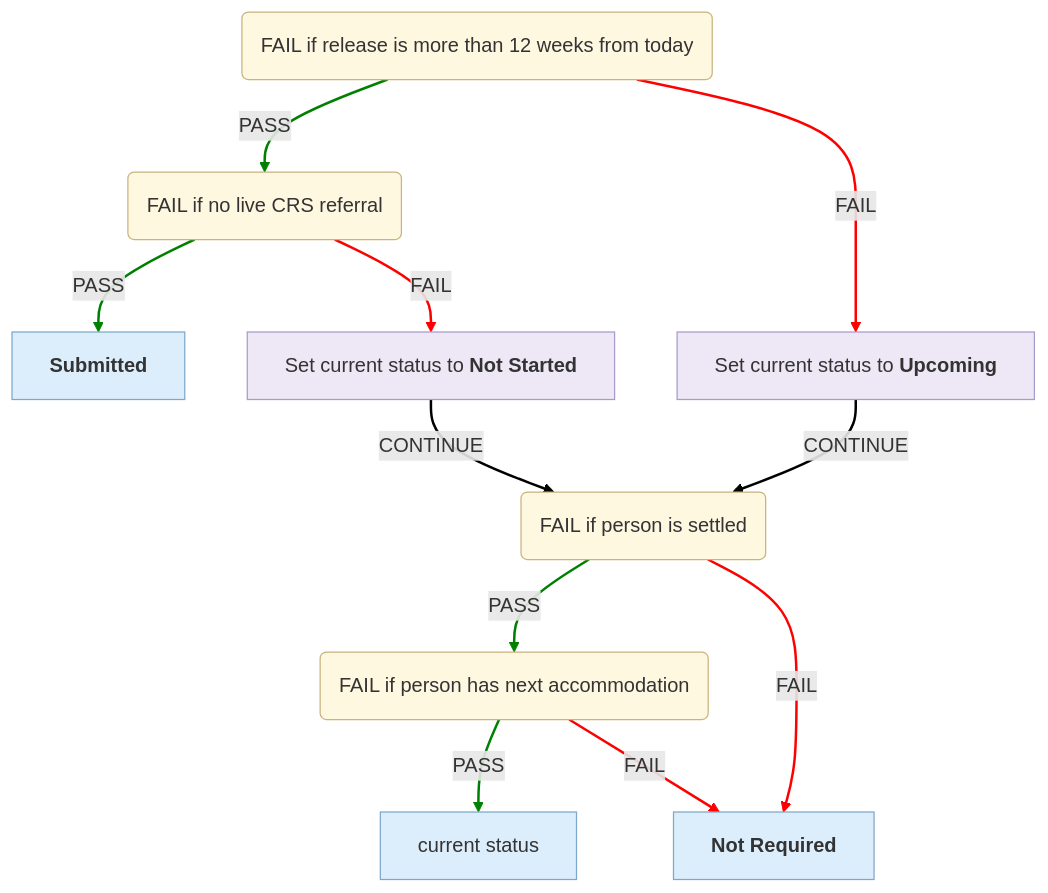
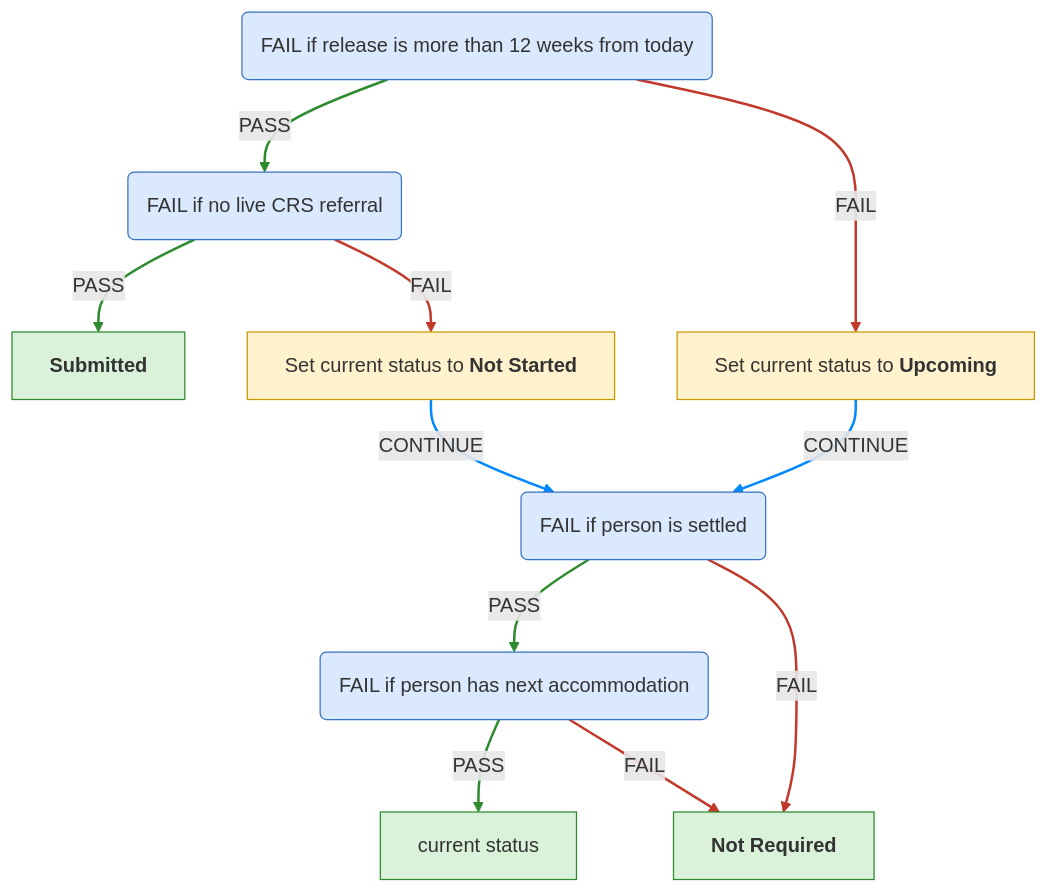
One commit to ministryofjustice/hmpps-single-accommodation-service-api changed the fourth of 6 diagrams in docs/eligibility-rules-graph.md. Above: the diagram before and after it, drawn with Mermaid. The commit also changed other lines of this file and 47 other files, not shown here.

Commit message:
wip-cas1-cards-graph

````diff
--- a/docs/eligibility-rules-graph.md
+++ b/docs/eligibility-rules-graph.md
@@ -414,32 +431,32 @@
 ```mermaid
 %%{init: {"flowchart": {"wrappingWidth": 800}}}%%
 flowchart TD
-  Release_Within_12_Weeks("<div style='text-align:left'>FAIL if release is more than 12 weeks from today</div>")
-  Live_CRS("<div style='text-align:left'>FAIL if no live CRS referral</div>")
+  PASS_if_person_can_start_referral("<div style='text-align:left'>FAIL if release is more than 12 weeks from today</div>")
+  PASS_if_person_has_a_live_CRS("<div style='text-align:left'>FAIL if no live CRS referral</div>")
   CRS_SUBMITTED["<b>Submitted</b>"]
-  Not_Settled("<div style='text-align:left'>FAIL if person is settled</div>")
-  No_Next_Accommodation("<div style='text-align:left'>FAIL if person has next accommodation</div>")
+  PASS_if_person_is_not_in_settled_accommodation("<div style='text-align:left'>FAIL if person is settled</div>")
+  PASS_if_person_does_not_have_a_next_accommodation("<div style='text-align:left'>FAIL if person has next accommodation</div>")
   confirmed["current status"]
   CRS_NOT_REQUIRED["<b>Not Required</b>"]
-  updater_CrsStartContextUpdater_Not_Settled["Set current status to <b>Not Started</b>"]
-  updater_CrsUpcomingContextUpdater_Not_Settled["Set current status to <b>Upcoming</b>"]
-  Live_CRS -->|PASS| CRS_SUBMITTED
-  No_Next_Accommodation -->|PASS| confirmed
-  No_Next_Accommodation -->|FAIL| CRS_NOT_REQUIRED
-  Not_Settled -->|PASS| No_Next_Accommodation
-  Not_Settled -->|FAIL| CRS_NOT_REQUIRED
-  Live_CRS -->|FAIL| updater_CrsStartContextUpdater_Not_Settled
-  updater_CrsStartContextUpdater_Not_Settled -->|CONTINUE| Not_Settled
-  Release_Within_12_Weeks -->|PASS| Live_CRS
-  Release_Within_12_Weeks -->|FAIL| updater_CrsUpcomingContextUpdater_Not_Settled
-  updater_CrsUpcomingContextUpdater_Not_Settled -->|CONTINUE| Not_Settled
-  linkStyle 0,1,3,7 stroke:green,stroke-width:2px
-  linkStyle 2,4,5,8 stroke:red,stroke-width:2px
-  linkStyle 6,9 stroke:black,stroke-width:2px
-  classDef ruleSetNode fill:#FFF8E1,stroke:#C9B37E,color:#333
-  classDef outcomeNode fill:#DCEEFB,stroke:#7FA7C9,color:#333
-  classDef updaterNode fill:#EDE7F6,stroke:#A99BC9,color:#333
-  class Release_Within_12_Weeks,Live_CRS,Not_Settled,No_Next_Accommodation ruleSetNode
+  updater_CrsStartContextUpdater_PASS_if_person_is_not_in_settled_accommodation["Set current status to <b>Not Started</b>"]
+  updater_CrsUpcomingContextUpdater_PASS_if_person_is_not_in_settled_accommodation["Set current status to <b>Upcoming</b>"]
+  PASS_if_person_has_a_live_CRS -->|PASS| CRS_SUBMITTED
+  PASS_if_person_does_not_have_a_next_accommodation -->|PASS| confirmed
+  PASS_if_person_does_not_have_a_next_accommodation -->|FAIL| CRS_NOT_REQUIRED
+  PASS_if_person_is_not_in_settled_accommodation -->|PASS| PASS_if_person_does_not_have_a_next_accommodation
+  PASS_if_person_is_not_in_settled_accommodation -->|FAIL| CRS_NOT_REQUIRED
+  PASS_if_person_has_a_live_CRS -->|FAIL| updater_CrsStartContextUpdater_PASS_if_person_is_not_in_settled_accommodation
+  updater_CrsStartContextUpdater_PASS_if_person_is_not_in_settled_accommodation -->|CONTINUE| PASS_if_person_is_not_in_settled_accommodation
+  PASS_if_person_can_start_referral -->|PASS| PASS_if_person_has_a_live_CRS
+  PASS_if_person_can_start_referral -->|FAIL| updater_CrsUpcomingContextUpdater_PASS_if_person_is_not_in_settled_accommodation
+  updater_CrsUpcomingContextUpdater_PASS_if_person_is_not_in_settled_accommodation -->|CONTINUE| PASS_if_person_is_not_in_settled_accommodation
+  linkStyle 0,1,3,7 stroke:#2e8b2e,stroke-width:2px
+  linkStyle 2,4,5,8 stroke:#c0392b,stroke-width:2px
+  linkStyle 6,9 stroke:#0088ff,stroke-width:2px
+  classDef ruleSetNode fill:#dbe9ff,stroke:#3b73c4,color:#333
+  classDef outcomeNode fill:#d9f2d9,stroke:#2e8b2e,color:#333
+  classDef updaterNode fill:#fff2cc,stroke:#c99a00,color:#333
+  class PASS_if_person_can_start_referral,PASS_if_person_has_a_live_CRS,PASS_if_person_is_not_in_settled_accommodation,PASS_if_person_does_not_have_a_next_accommodation ruleSetNode
   class CRS_SUBMITTED,confirmed,CRS_NOT_REQUIRED outcomeNode
-  class updater_CrsStartContextUpdater_Not_Settled,updater_CrsUpcomingContextUpdater_Not_Settled updaterNode
+  class updater_CrsStartContextUpdater_PASS_if_person_is_not_in_settled_accommodation,updater_CrsUpcomingContextUpdater_PASS_if_person_is_not_in_settled_accommodation updaterNode
 ```
````
